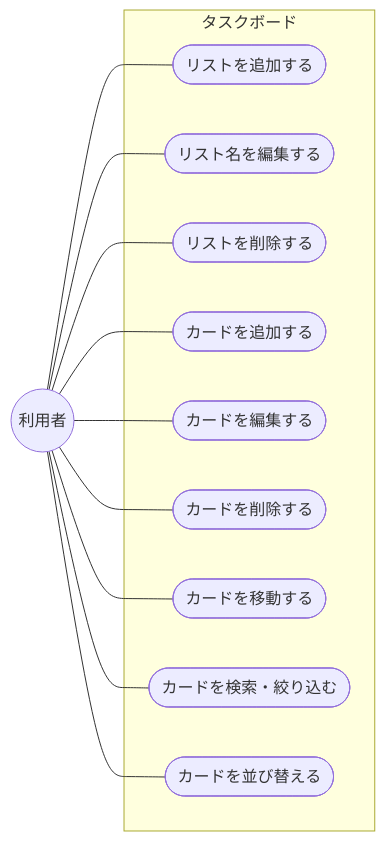
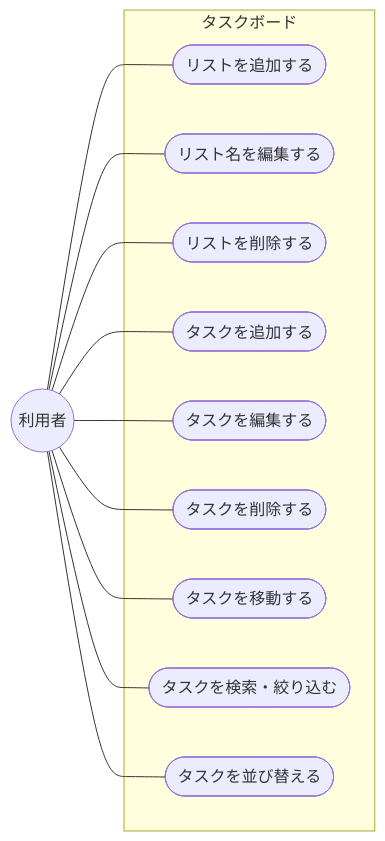
The diagram in docs/requirements.md (masatsumaple-creator/task-management), drawn with Mermaid before and after one commit. The commit also changed other lines of this file and 42 other files, not shown here.

````diff
--- a/docs/requirements.md
+++ b/docs/requirements.md
@@ -32,26 +32,26 @@
 ```mermaid
 flowchart LR
   actor((利用者))
 
   subgraph system["タスクボード"]
     uc1([リストを追加する])
     uc2([リスト名を編集する])
     uc3([リストを削除する])
-    uc4([カードを追加する])
-    uc5([カードを編集する])
-    uc6([カードを削除する])
-    uc7([カードを移動する])
-    uc8([カードを検索・絞り込む])
-    uc9([カードを並び替える])
+    uc4([タスクを追加する])
+    uc5([タスクを編集する])
+    uc6([タスクを削除する])
+    uc7([タスクを移動する])
+    uc8([タスクを検索・絞り込む])
+    uc9([タスクを並び替える])
   end
 
   actor --- uc1
   actor --- uc2
   actor --- uc3
   actor --- uc4
   actor --- uc5
   actor --- uc6
   actor --- uc7
   actor --- uc8
   actor --- uc9
 ```
````
